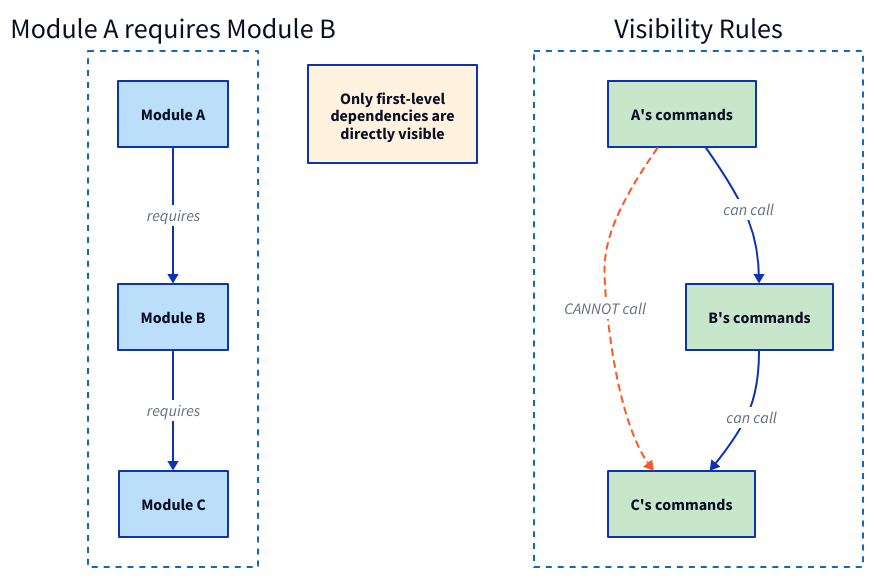
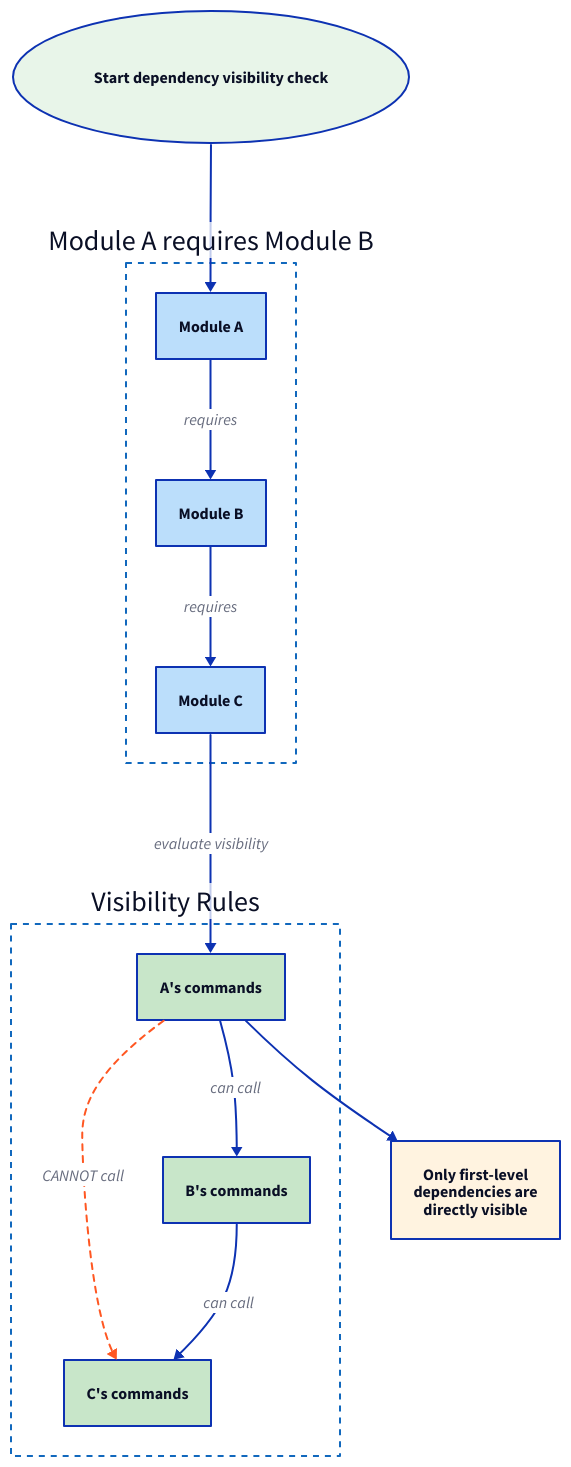
Before and after one commit to invowk/invowk: the diagram in docs/diagrams/flowcharts/discovery-deps.d2, drawn with D2. The commit also changed 37 other files, not shown here. The source asks for the TALA layout; these drawings use dagre instead.

Commit message:
docs(diagrams): add readability guardrails and refresh d2 guidance (#63)

```diff
--- a/docs/diagrams/flowcharts/discovery-deps.d2
+++ b/docs/diagrams/flowcharts/discovery-deps.d2
@@ -1,80 +1,93 @@
 # Module Dependency Visibility Flowchart
 #
 # Shows how command visibility works between modules.
 # Key principle: Only first-level dependencies are directly visible.
 #
 # Source: docs/architecture/flowchart-discovery.md
 
 vars: {
   d2-config: {
     layout-engine: tala
   }
 }
 
 direction: down
+
+# ==============================================================================
+# Entry Point
+# ==============================================================================
+
+Start: Start dependency visibility check {
+  shape: oval
+  style.fill: "#E8F5E9"
+}
 
 # ==============================================================================
 # Module Dependency Chain
 # ==============================================================================
 
 dep_chain: Module A requires Module B {
   style: {
     stroke: "#1168BD"
     stroke-dash: 3
     fill: transparent
   }
 
   ModA: Module A {
     style.fill: "#BBDEFB"
   }
 
   ModB: Module B {
     style.fill: "#BBDEFB"
   }
 
   ModC: Module C {
     style.fill: "#BBDEFB"
   }
 
   ModA -> ModB: requires
   ModB -> ModC: requires
 }
 
 # ==============================================================================
 # Visibility Rules
 # ==============================================================================
 
 visibility: Visibility Rules {
   style: {
     stroke: "#1168BD"
     stroke-dash: 3
     fill: transparent
   }
 
   CmdsA: A's commands {
     style.fill: "#C8E6C9"
   }
 
   CmdsB: B's commands {
     style.fill: "#C8E6C9"
   }
 
   CmdsC: C's commands {
     style.fill: "#C8E6C9"
   }
 
   CmdsA -> CmdsB: can call
   CmdsA -> CmdsC: CANNOT call {
     style.stroke-dash: 3
     style.stroke: "#FF5722"
   }
   CmdsB -> CmdsC: can call
 }
 
 # ==============================================================================
 # Explanation
 # ==============================================================================
 
 Note: Only first-level\ndependencies are\ndirectly visible {
   style.fill: "#FFF3E0"
 }
+
+Start -> dep_chain.ModA
+dep_chain.ModC -> visibility.CmdsA: evaluate visibility
+visibility.CmdsA -> Note
```
